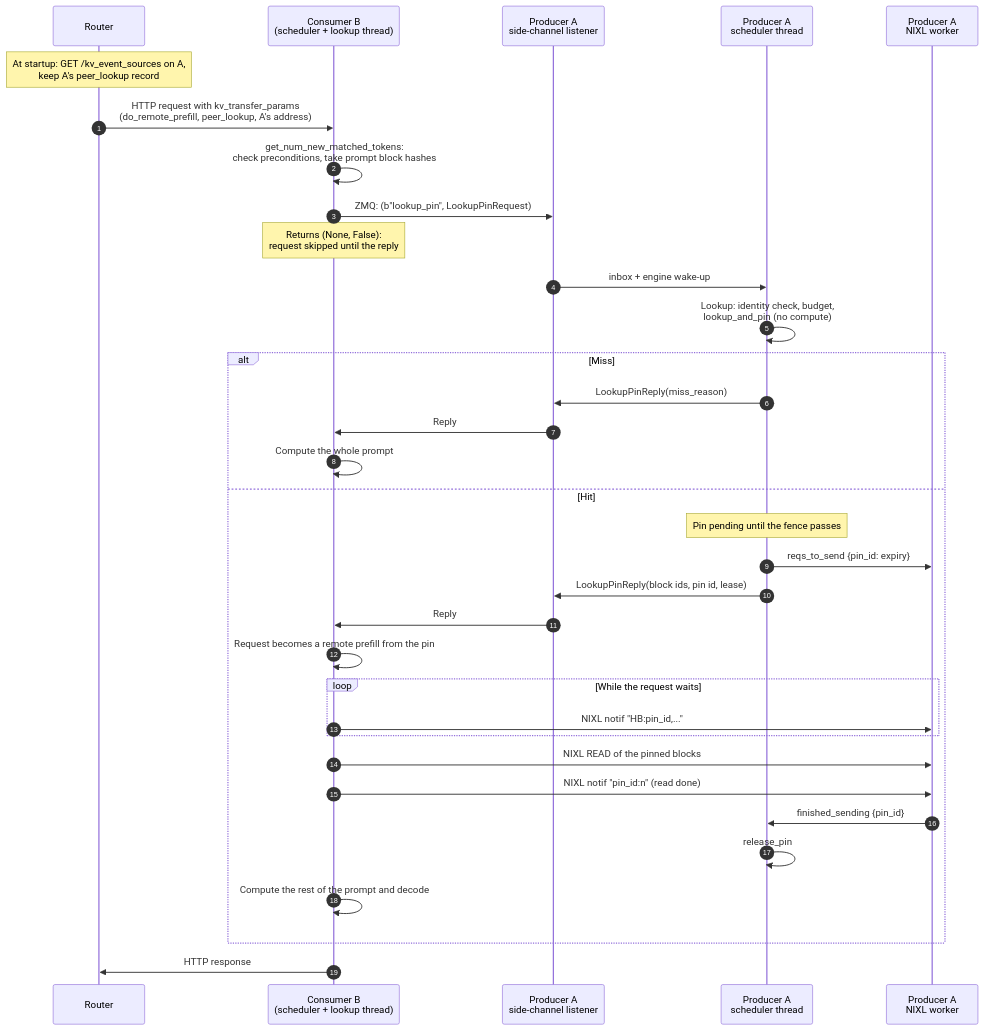
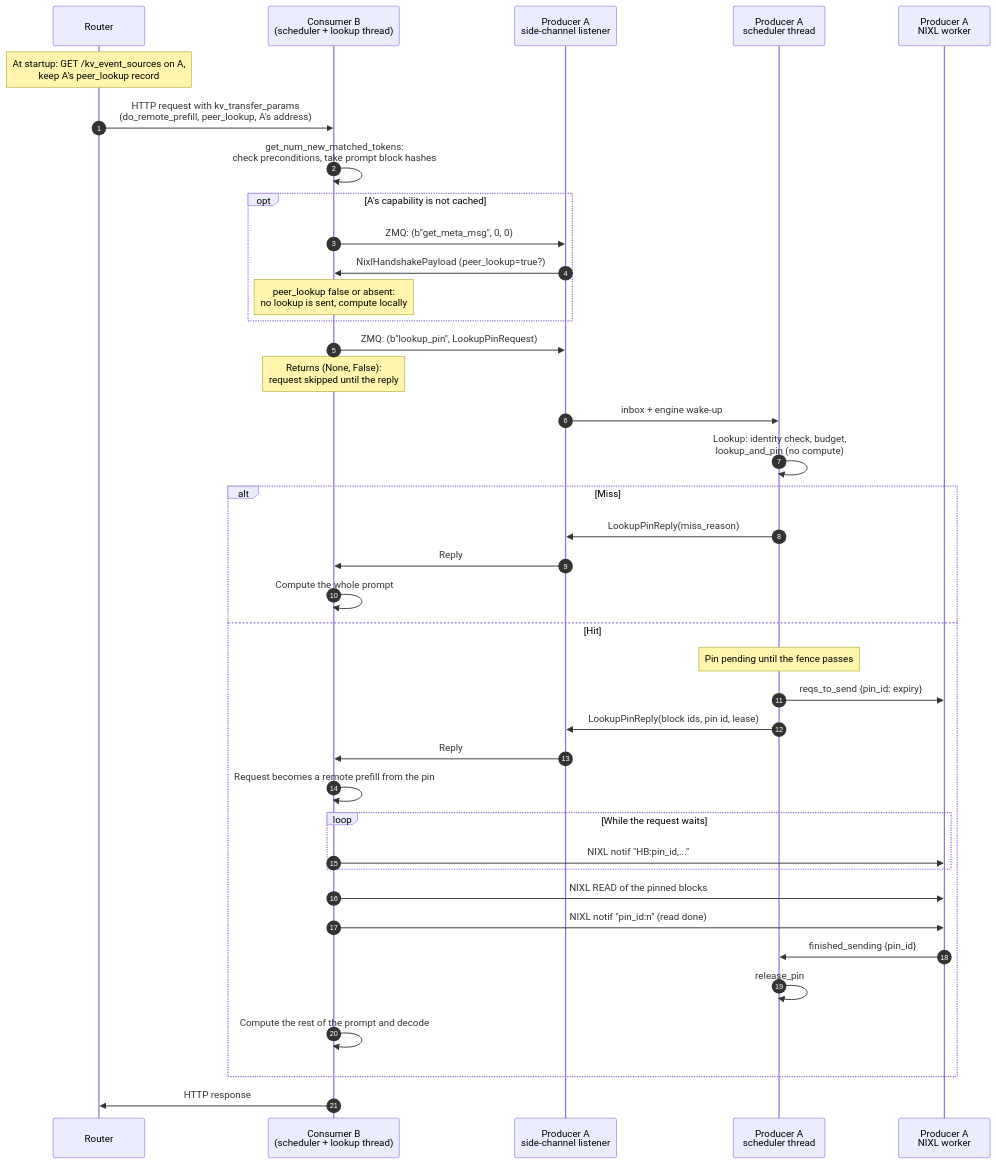
Before and after one commit to vllm-project/vllm: the diagram in docs/design/nixl_peer_lookup_pin.md, drawn with Mermaid. The commit also changed other lines of this file and 1 other file, not shown here.

First line of the commit message:
[Doc][KV Connector][NIXL] Document the capability probe, lookup_id and the reset stall

````diff
--- a/docs/design/nixl_peer_lookup_pin.md
+++ b/docs/design/nixl_peer_lookup_pin.md
@@ -29,37 +29,42 @@
 ```mermaid
 sequenceDiagram
     autonumber
     participant R as Router
     participant B as Consumer B<br/>(scheduler + lookup thread)
     participant AL as Producer A<br/>side-channel listener
     participant AS as Producer A<br/>scheduler thread
     participant AW as Producer A<br/>NIXL worker
 
     note over R: At startup: GET /kv_event_sources on A,<br/>keep A's peer_lookup record
     R->>B: HTTP request with kv_transfer_params<br/>(do_remote_prefill, peer_lookup, A's address)
     B->>B: get_num_new_matched_tokens:<br/>check preconditions, take prompt block hashes
+    opt A's capability is not cached
+        B->>AL: ZMQ: (b"get_meta_msg", 0, 0)
+        AL->>B: NixlHandshakePayload (peer_lookup=true?)
+        note over B: peer_lookup false or absent:<br/>no lookup is sent, compute locally
+    end
     B->>AL: ZMQ: (b"lookup_pin", LookupPinRequest)
     note over B: Returns (None, False):<br/>request skipped until the reply
     AL->>AS: inbox + engine wake-up
     AS->>AS: Lookup: identity check, budget,<br/>lookup_and_pin (no compute)
     alt Miss
         AS->>AL: LookupPinReply(miss_reason)
         AL->>B: Reply
         B->>B: Compute the whole prompt
     else Hit
         note over AS: Pin pending until the fence passes
         AS->>AW: reqs_to_send {pin_id: expiry}
         AS->>AL: LookupPinReply(block ids, pin id, lease)
         AL->>B: Reply
         B->>B: Request becomes a remote prefill from the pin
         loop While the request waits
             B->>AW: NIXL notif "HB:pin_id,..."
         end
         B->>AW: NIXL READ of the pinned blocks
         B->>AW: NIXL notif "pin_id:n" (read done)
         AW->>AS: finished_sending {pin_id}
         AS->>AS: release_pin
         B->>B: Compute the rest of the prompt and decode
     end
     B->>R: HTTP response
 ```
````
